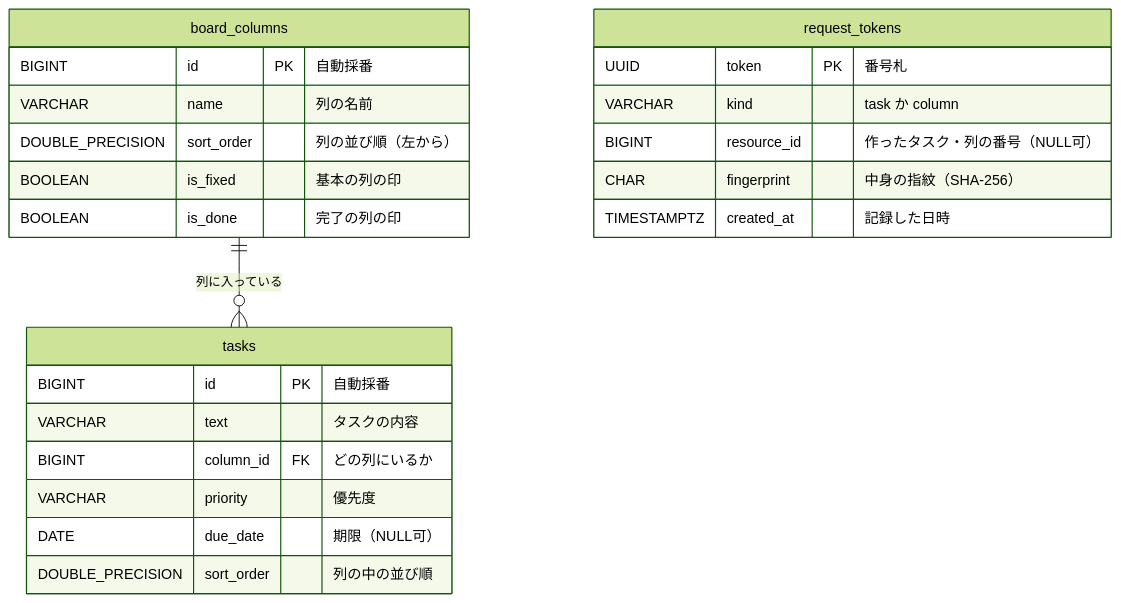
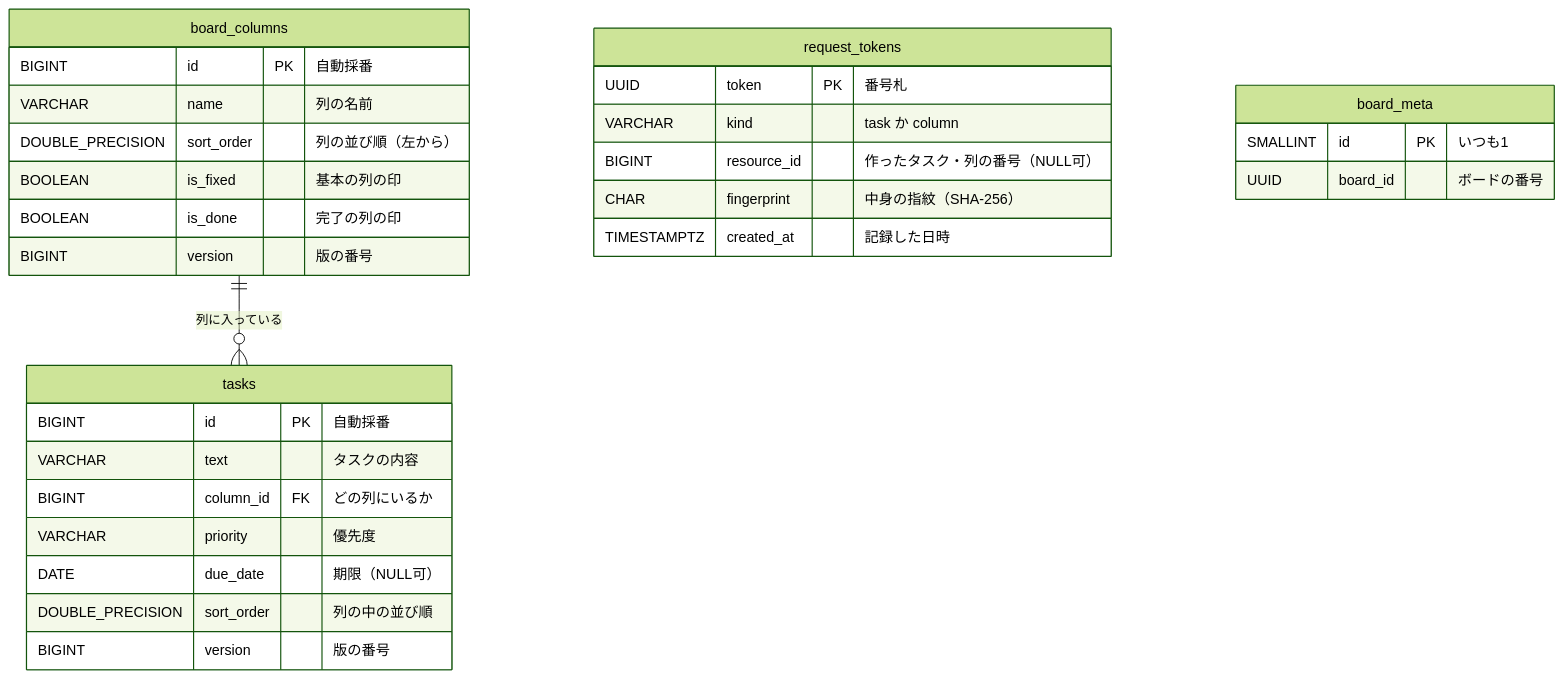
The diagram in backend/DB設計書.md (pirishiki/taskmanagement), drawn with Mermaid (forest theme) before and after one commit. The commit also changed other lines of this file and 56 other files, not shown here.

````diff
--- a/backend/DB設計書.md
+++ b/backend/DB設計書.md
@@ -11,26 +13,32 @@
 ```mermaid
 erDiagram
     board_columns ||--o{ tasks : "列に入っている"
     request_tokens {
         UUID token PK "番号札"
         VARCHAR kind "task か column"
         BIGINT resource_id "作ったタスク・列の番号（NULL可）"
         CHAR fingerprint "中身の指紋（SHA-256）"
         TIMESTAMPTZ created_at "記録した日時"
     }
     board_columns {
         BIGINT id PK "自動採番"
         VARCHAR name "列の名前"
         DOUBLE_PRECISION sort_order "列の並び順（左から）"
         BOOLEAN is_fixed "基本の列の印"
         BOOLEAN is_done "完了の列の印"
+        BIGINT version "版の番号"
     }
     tasks {
         BIGINT id PK "自動採番"
         VARCHAR text "タスクの内容"
         BIGINT column_id FK "どの列にいるか"
         VARCHAR priority "優先度"
         DATE due_date "期限（NULL可）"
         DOUBLE_PRECISION sort_order "列の中の並び順"
+        BIGINT version "版の番号"
+    }
+    board_meta {
+        SMALLINT id PK "いつも1"
+        UUID board_id "ボードの番号"
     }
 ```
````
